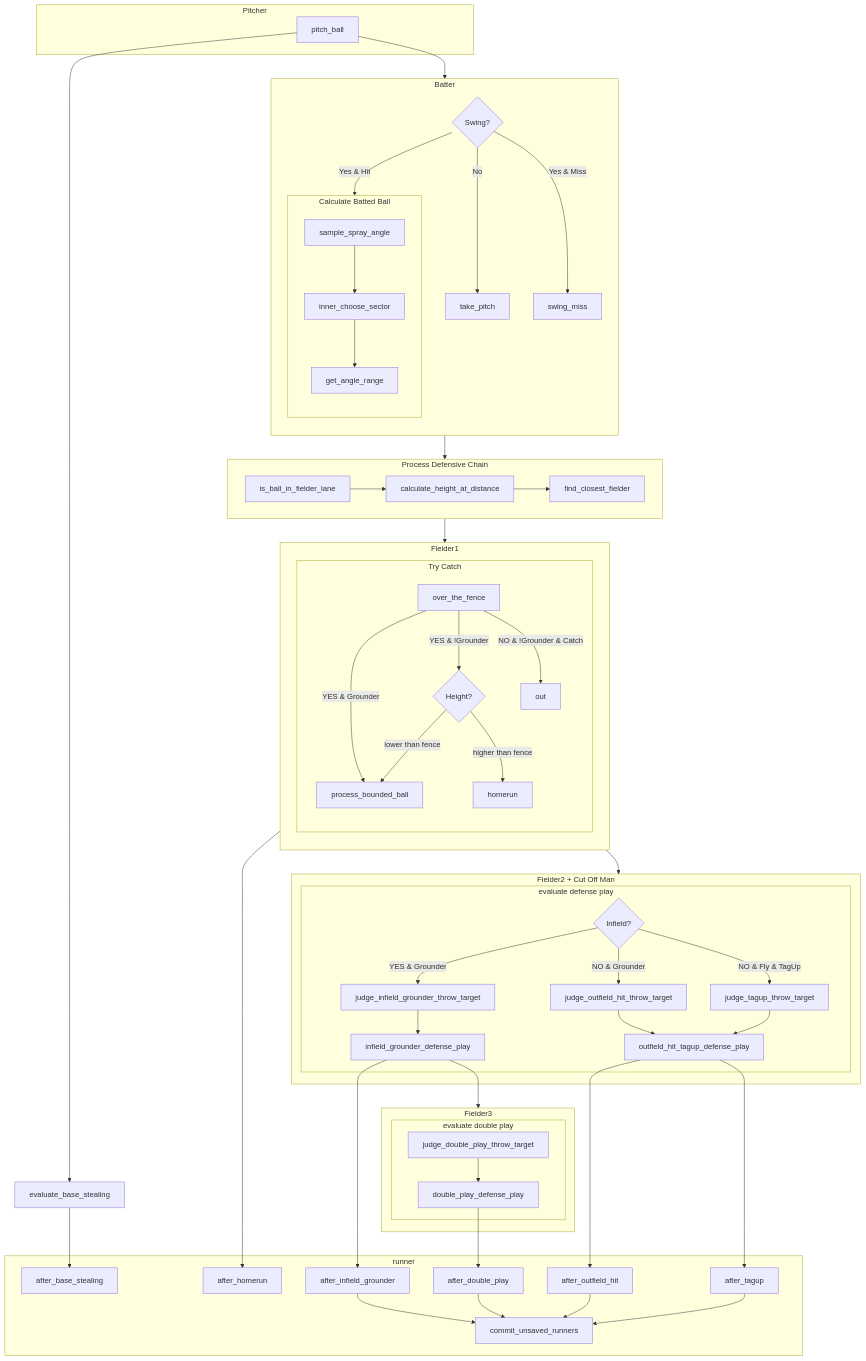
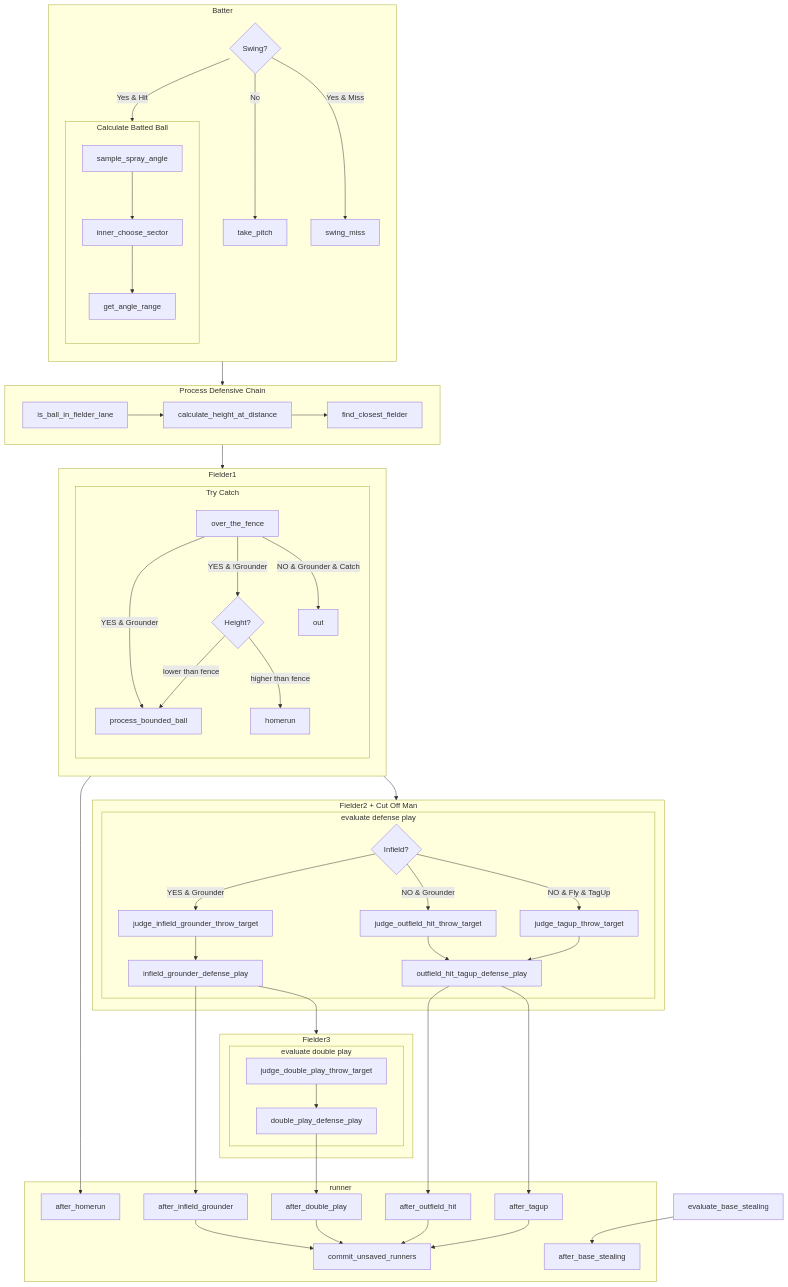
The diagram in docs/ball_play_diagram.mmd (torafugu/saberbb), drawn with Mermaid before and after one commit. The commit also changed 10 other files, not shown here.

```diff
--- a/docs/ball_play_diagram.mmd
+++ b/docs/ball_play_diagram.mmd
@@ -1,88 +1,81 @@
 flowchart TD
-  subgraph pitcher["Pitcher"]
-    pitch_ball
-  end
-
-  pitch_ball --> batter
-  pitch_ball --> evaluate_base_stealing
-    
   subgraph batter["Batter"]
     direction TB
     swing{Swing?}
     swing --> |No|take_pitch
     swing --> |Yes & Miss|swing_miss
     swing --> |Yes & Hit|calculate_batted_ball
   end
 
   subgraph calculate_batted_ball["Calculate Batted Ball"]
     direction TB
     sample_spray_angle --> inner_choose_sector --> get_angle_range
   end
 
   calculate_batted_ball --> process_defensive_chain
 
   subgraph process_defensive_chain["Process Defensive Chain"]
     is_ball_in_fielder_lane --> calculate_height_at_distance
     calculate_height_at_distance --> find_closest_fielder
   end
 
   process_defensive_chain --> fielder1
 
   subgraph fielder1["Fielder1"]
     direction TB
     try_catch
   end
 
   subgraph try_catch["Try Catch"]
     direction TB
     
     height2 --> |lower than fence|process_bounded_ball
     height2 --> |higher than fence|homerun
     over_the_fence --> |YES & Grounder|process_bounded_ball
     over_the_fence --> |YES & !Grounder|height2{"Height?"}
-    over_the_fence --> |NO & !Grounder & Catch|out
+    over_the_fence --> |NO & Grounder & Catch|out
   end
 
   fielder1 --> fielder2
   homerun --> after_homerun
 
   subgraph fielder2["Fielder2 + Cut Off Man"]
     evaluate_defense_play
   end
 
   subgraph evaluate_defense_play["evaluate defense play"]
     infield{Infield?} --> |YES & Grounder|judge_infield_grounder_throw_target
 
     judge_infield_grounder_throw_target --> infield_grounder_defense_play
 
     infield --> |NO & Grounder|judge_outfield_hit_throw_target
     infield --> |NO & Fly & TagUp|judge_tagup_throw_target
 
     judge_tagup_throw_target --> outfield_hit_tagup_defense_play
     judge_outfield_hit_throw_target --> outfield_hit_tagup_defense_play
   end
 
   infield_grounder_defense_play --> fielder3
 
   subgraph fielder3["Fielder3"]
     evaluate_double_play
   end
 
   subgraph evaluate_double_play["evaluate double play"]
     judge_double_play_throw_target --> double_play_defense_play
   end
 
   outfield_hit_tagup_defense_play --> after_outfield_hit
   outfield_hit_tagup_defense_play --> after_tagup
   infield_grounder_defense_play --> after_infield_grounder
   double_play_defense_play --> after_double_play
   evaluate_base_stealing --> after_base_stealing
 
   subgraph runner
     after_homerun
     after_infield_grounder --> commit_unsaved_runners
     after_outfield_hit --> commit_unsaved_runners
     after_tagup --> commit_unsaved_runners
     after_base_stealing
     after_double_play --> commit_unsaved_runners
   end
```
